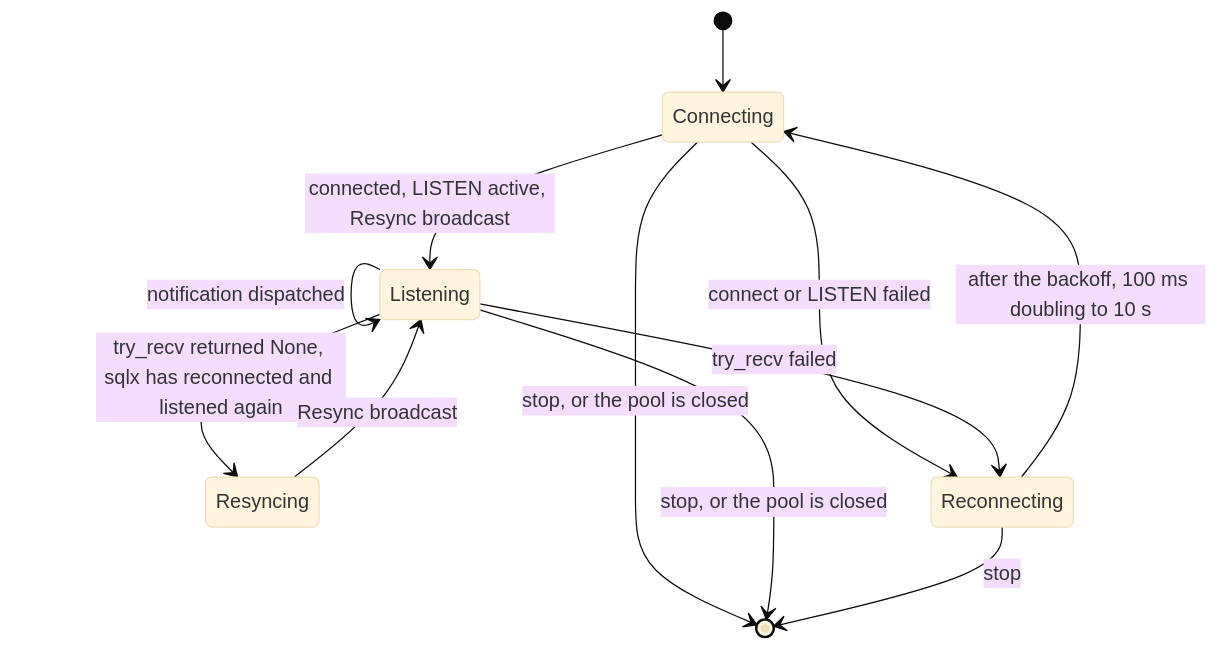
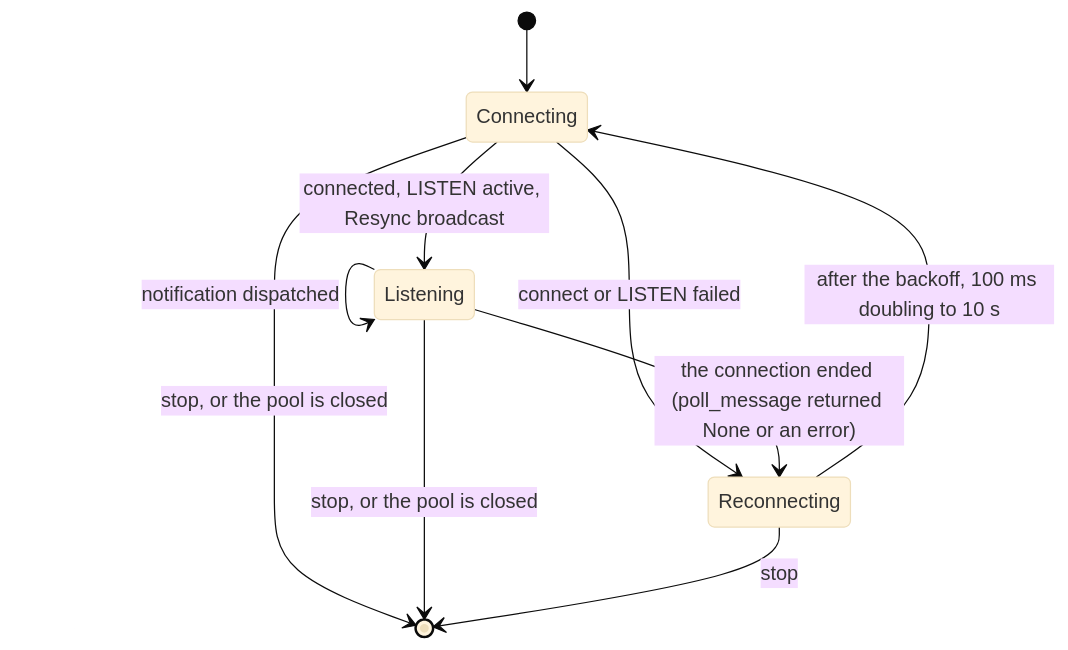
One commit to vymalo/another-adam-rs changed the diagram in crates/adam-notify-postgres/README.md. Above: the diagram before and after it, drawn with Mermaid (base theme). The commit also changed other lines of this file and 7 other files, not shown here.

````diff
--- a/crates/adam-notify-postgres/README.md
+++ b/crates/adam-notify-postgres/README.md
@@ -108,14 +112,12 @@
 ```mermaid
 stateDiagram-v2
     [*] --> Connecting
     Connecting --> Listening: connected, LISTEN active, Resync broadcast
     Connecting --> Reconnecting: connect or LISTEN failed
     Listening --> Listening: notification dispatched
-    Listening --> Resyncing: try_recv returned None, sqlx has reconnected and listened again
-    Resyncing --> Listening: Resync broadcast
-    Listening --> Reconnecting: try_recv failed
+    Listening --> Reconnecting: the connection ended (poll_message returned None or an error)
     Reconnecting --> Connecting: after the backoff, 100 ms doubling to 10 s
     Connecting --> [*]: stop, or the pool is closed
     Listening --> [*]: stop, or the pool is closed
     Reconnecting --> [*]: stop
 ```
````
